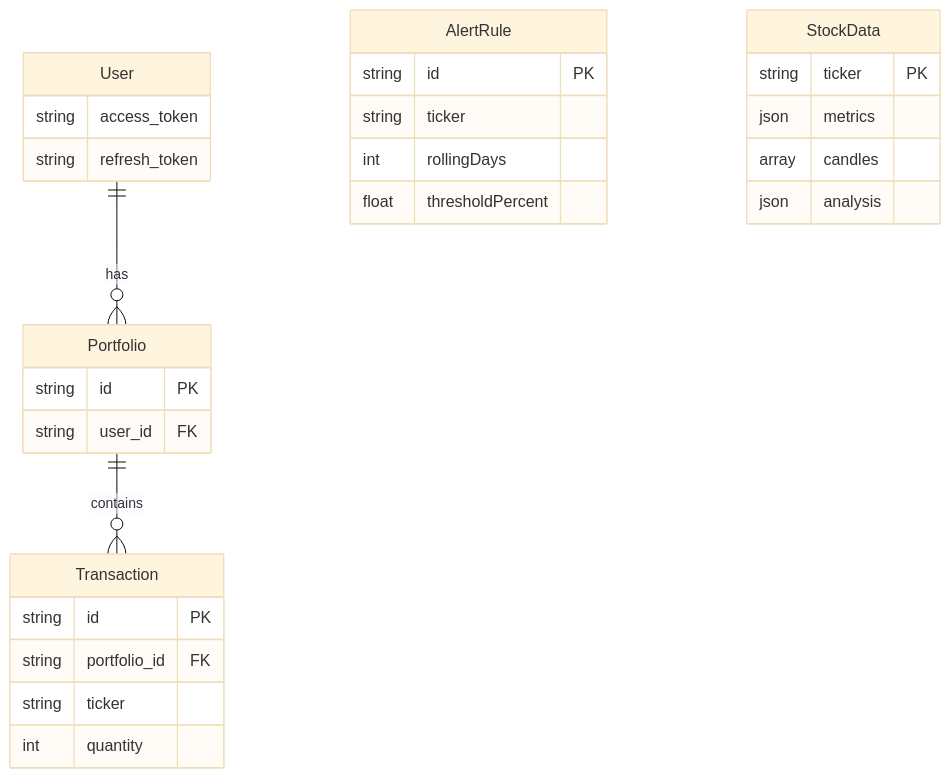
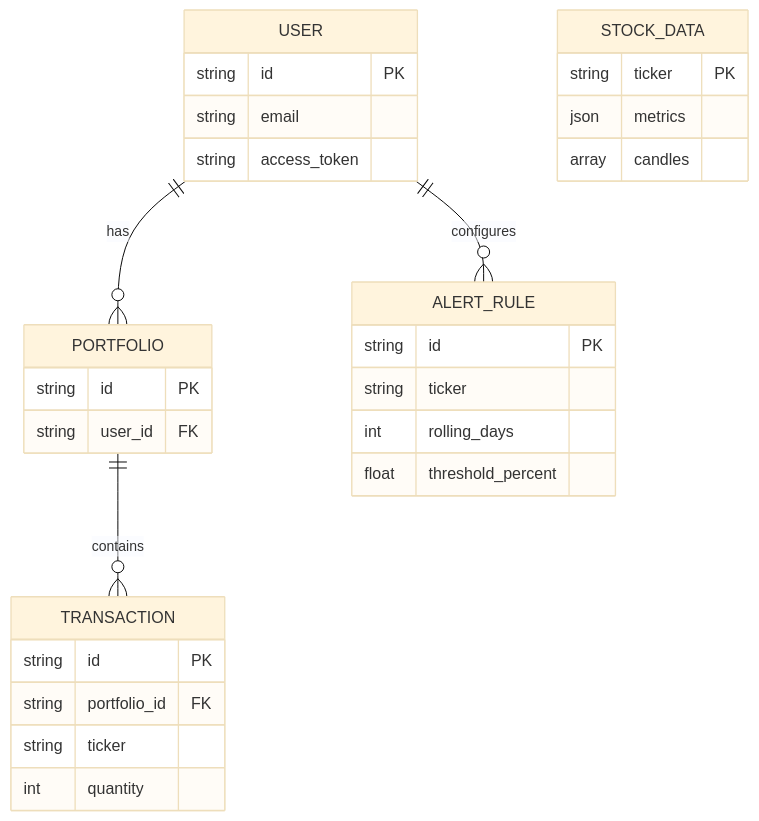
One commit to sebian-lab/sebian-lab.github.io changed the second of 2 diagrams in content/projects/alphatracer-mobile/index.en.md. Above: the diagram before and after it, drawn with Mermaid (base theme). The commit also changed other lines of this file and 2 other files, not shown here.

Commit message:
Improve article readability by removing redundant author box/TOC and optimizing Mermaid diagrams

```diff
--- a/content/projects/alphatracer-mobile/index.en.md
+++ b/content/projects/alphatracer-mobile/index.en.md
@@ -90,32 +82,33 @@
 {{< mermaid >}}
 erDiagram
-    User ||--o{ Portfolio : "has"
-    Portfolio ||--o{ Transaction : "contains"
+    USER ||--o{ PORTFOLIO : "has"
+    PORTFOLIO ||--o{ TRANSACTION : "contains"
+    USER ||--o{ ALERT_RULE : "configures"
 
-    User {
+    USER {
+        string id PK
+        string email
         string access_token
-        string refresh_token
     }
-    Portfolio {
+    PORTFOLIO {
         string id PK
         string user_id FK
     }
-    Transaction {
+    TRANSACTION {
         string id PK
         string portfolio_id FK
         string ticker
         int quantity
     }
-    AlertRule {
+    ALERT_RULE {
         string id PK
         string ticker
-        int rollingDays
-        float thresholdPercent
+        int rolling_days
+        float threshold_percent
     }
-    StockData {
+    STOCK_DATA {
         string ticker PK
         json metrics
         array candles
-        json analysis
     }
 {{< /mermaid >}}
```
